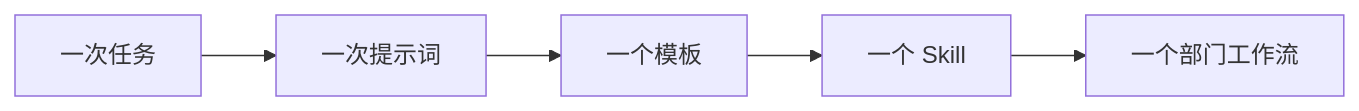
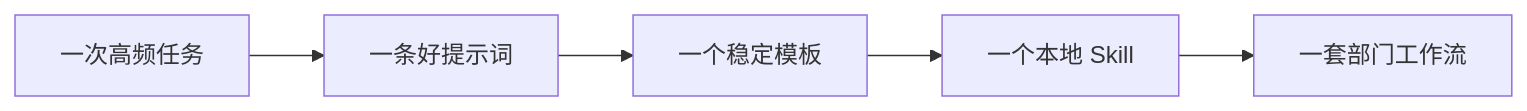
The third of 3 diagrams in AI-First行政思维转型/final-content.md (AICode-Nexus/ai-first-administration), drawn with Mermaid before and after one commit. The commit also changed other lines of this file and 13 other files, not shown here.

````diff
--- a/AI-First行政思维转型/final-content.md
+++ b/AI-First行政思维转型/final-content.md
@@ -368,7 +536,7 @@
 ```mermaid
 flowchart LR
-    A[一次任务] --> B[一次提示词]
-    B --> C[一个模板]
-    C --> D[一个 Skill]
-    D --> E[一个部门工作流]
+    A[一次高频任务] --> B[一条好提示词]
+    B --> C[一个稳定模板]
+    C --> D[一个本地 Skill]
+    D --> E[一套部门工作流]
 ```
````
